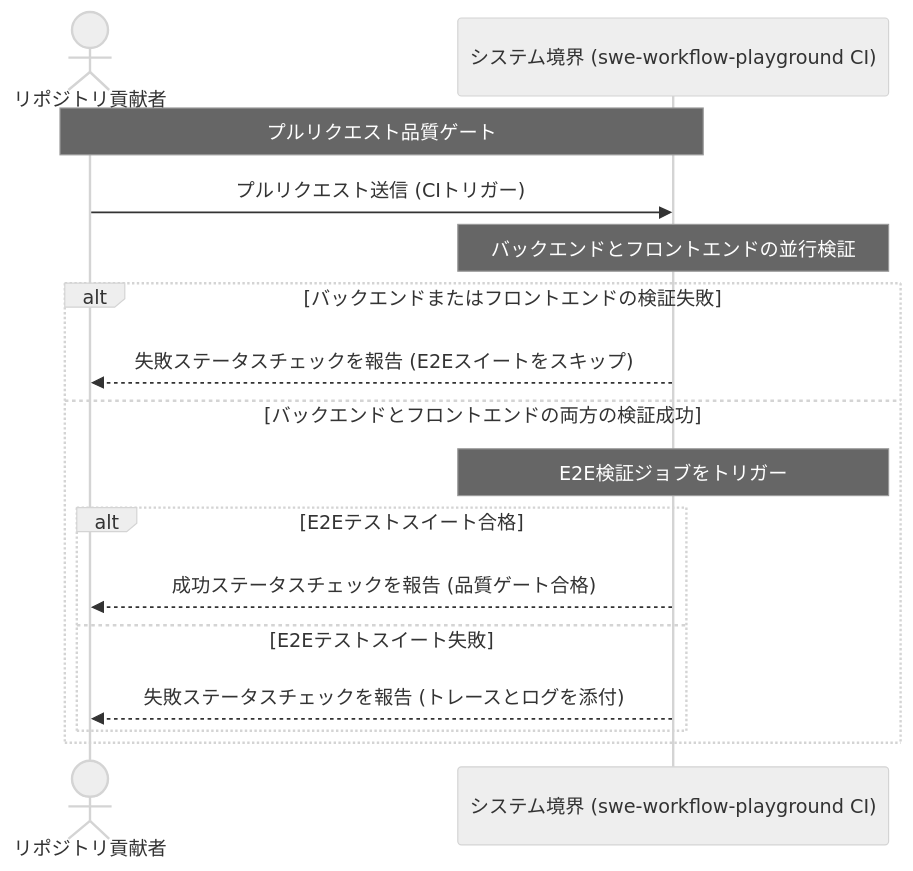
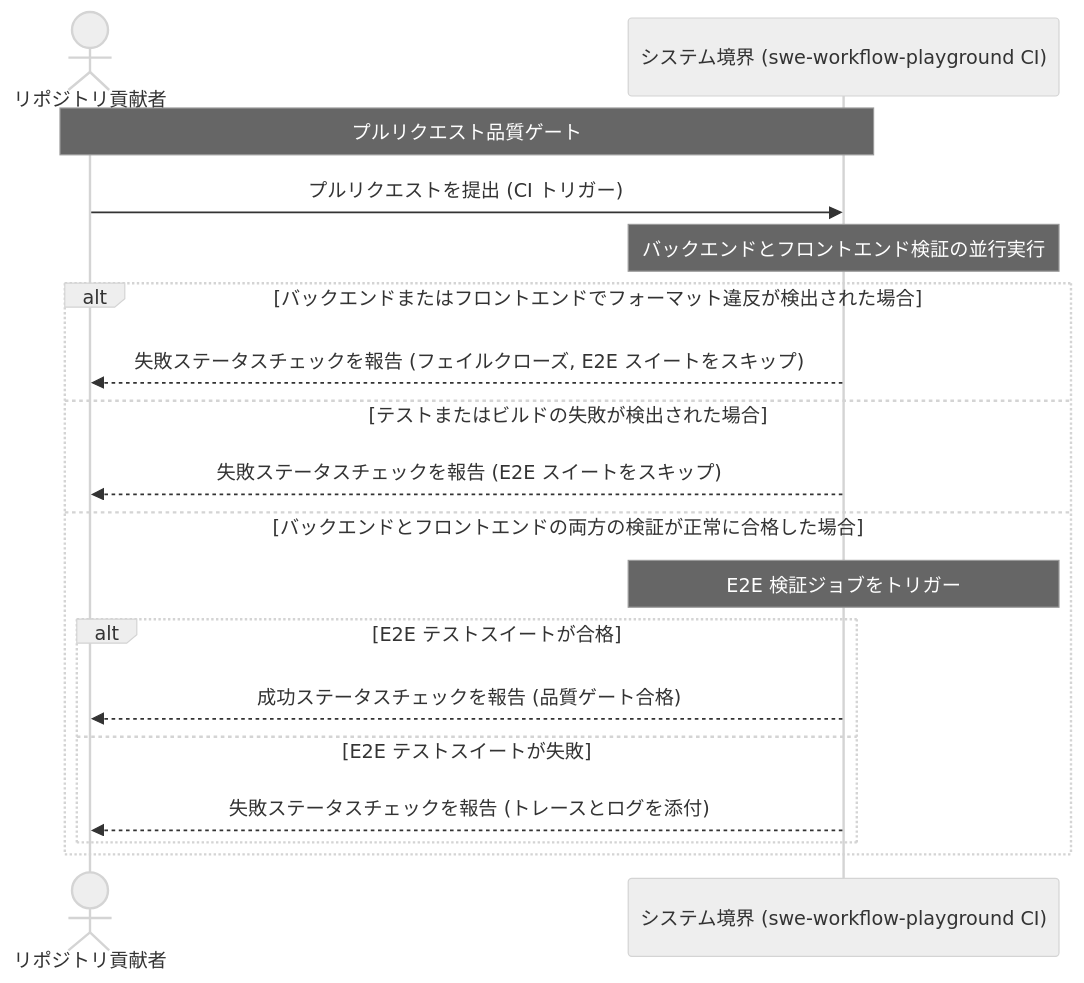
Before and after one commit to green-tea-stalk/swe-workflow-playground: the first of 2 diagrams in docs/specs/ci-and-repo-automation/requirements.ja.md, drawn with Mermaid (neutral theme). The commit also changed other lines of this file and 5 other files, not shown here.

````diff
--- a/docs/specs/ci-and-repo-automation/requirements.ja.md
+++ b/docs/specs/ci-and-repo-automation/requirements.ja.md
@@ -97,19 +127,21 @@
 ```mermaid
 sequenceDiagram
     actor Contributor as リポジトリ貢献者
     participant System as システム境界 (swe-workflow-playground CI)
 
     Note over Contributor,System: プルリクエスト品質ゲート
-    Contributor->>System: プルリクエスト送信 (CIトリガー)
-    Note over System: バックエンドとフロントエンドの並行検証
-    alt バックエンドまたはフロントエンドの検証失敗
-        System-->>Contributor: 失敗ステータスチェックを報告 (E2Eスイートをスキップ)
-    else バックエンドとフロントエンドの両方の検証成功
-        Note over System: E2E検証ジョブをトリガー
-        alt E2Eテストスイート合格
+    Contributor->>System: プルリクエストを提出 (CI トリガー)
+    Note over System: バックエンドとフロントエンド検証の並行実行
+    alt バックエンドまたはフロントエンドでフォーマット違反が検出された場合
+        System-->>Contributor: 失敗ステータスチェックを報告 (フェイルクローズ, E2E スイートをスキップ)
+    else テストまたはビルドの失敗が検出された場合
+        System-->>Contributor: 失敗ステータスチェックを報告 (E2E スイートをスキップ)
+    else バックエンドとフロントエンドの両方の検証が正常に合格した場合
+        Note over System: E2E 検証ジョブをトリガー
+        alt E2E テストスイートが合格
             System-->>Contributor: 成功ステータスチェックを報告 (品質ゲート合格)
-        else E2Eテストスイート失敗
+        else E2E テストスイートが失敗
             System-->>Contributor: 失敗ステータスチェックを報告 (トレースとログを添付)
         end
     end
 ```
````
